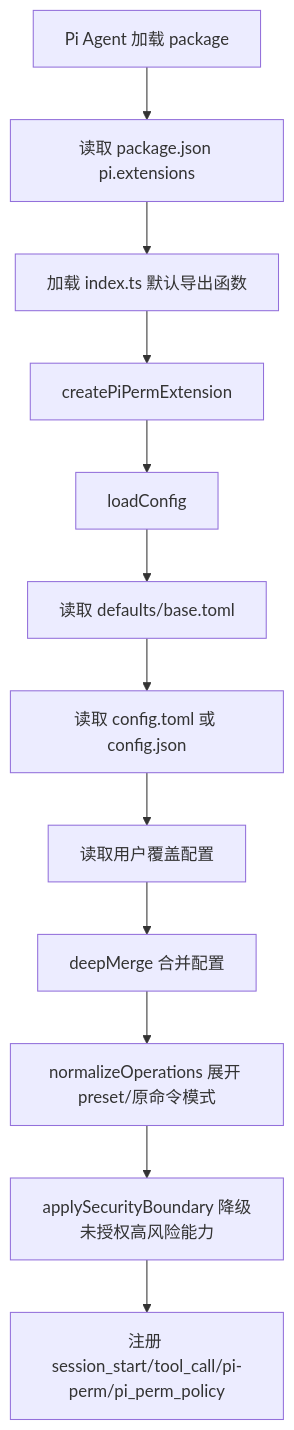
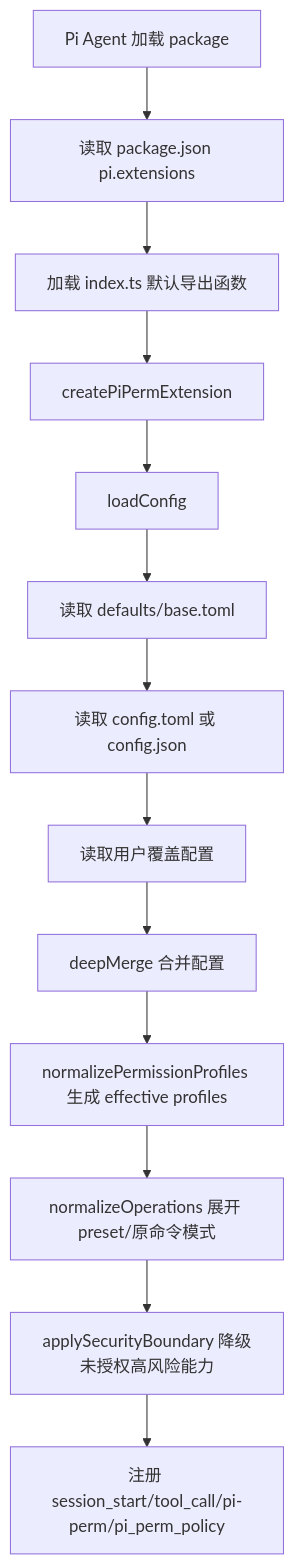
One commit to DCRcoder/pi-perm changed the first of 3 diagrams in doc/PiPerm实现文档.md. Above: the diagram before and after it, drawn with Mermaid. The commit also changed other lines of this file and 28 other files, not shown here.

First line of the commit message:
feat(权限): 切换为 permission profiles 配置模型

````diff
--- a/doc/PiPerm实现文档.md
+++ b/doc/PiPerm实现文档.md
@@ -92,14 +138,15 @@
 ```mermaid
 flowchart TD
   A[Pi Agent 加载 package] --> B[读取 package.json pi.extensions]
   B --> C[加载 index.ts 默认导出函数]
   C --> D[createPiPermExtension]
   D --> E[loadConfig]
   E --> F[读取 defaults/base.toml]
   F --> G[读取 config.toml 或 config.json]
   G --> H[读取用户覆盖配置]
   H --> I[deepMerge 合并配置]
-  I --> J[normalizeOperations 展开 preset/原命令模式]
-  J --> K[applySecurityBoundary 降级未授权高风险能力]
-  K --> L[注册 session_start/tool_call/pi-perm/pi_perm_policy]
+  I --> J[normalizePermissionProfiles 生成 effective profiles]
+  J --> K[normalizeOperations 展开 preset/原命令模式]
+  K --> L[applySecurityBoundary 降级未授权高风险能力]
+  L --> M[注册 session_start/tool_call/pi-perm/pi_perm_policy]
 ```
````
